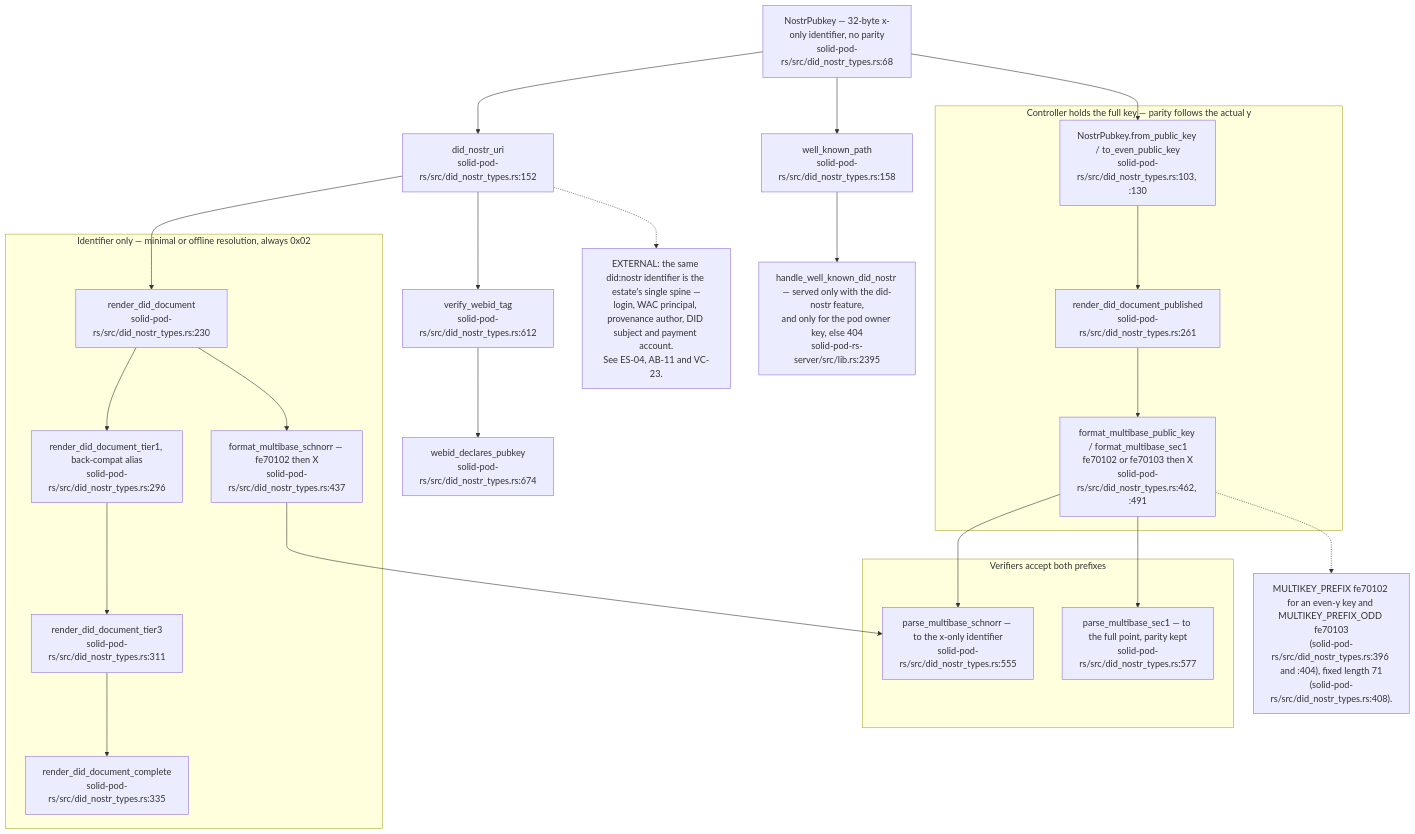
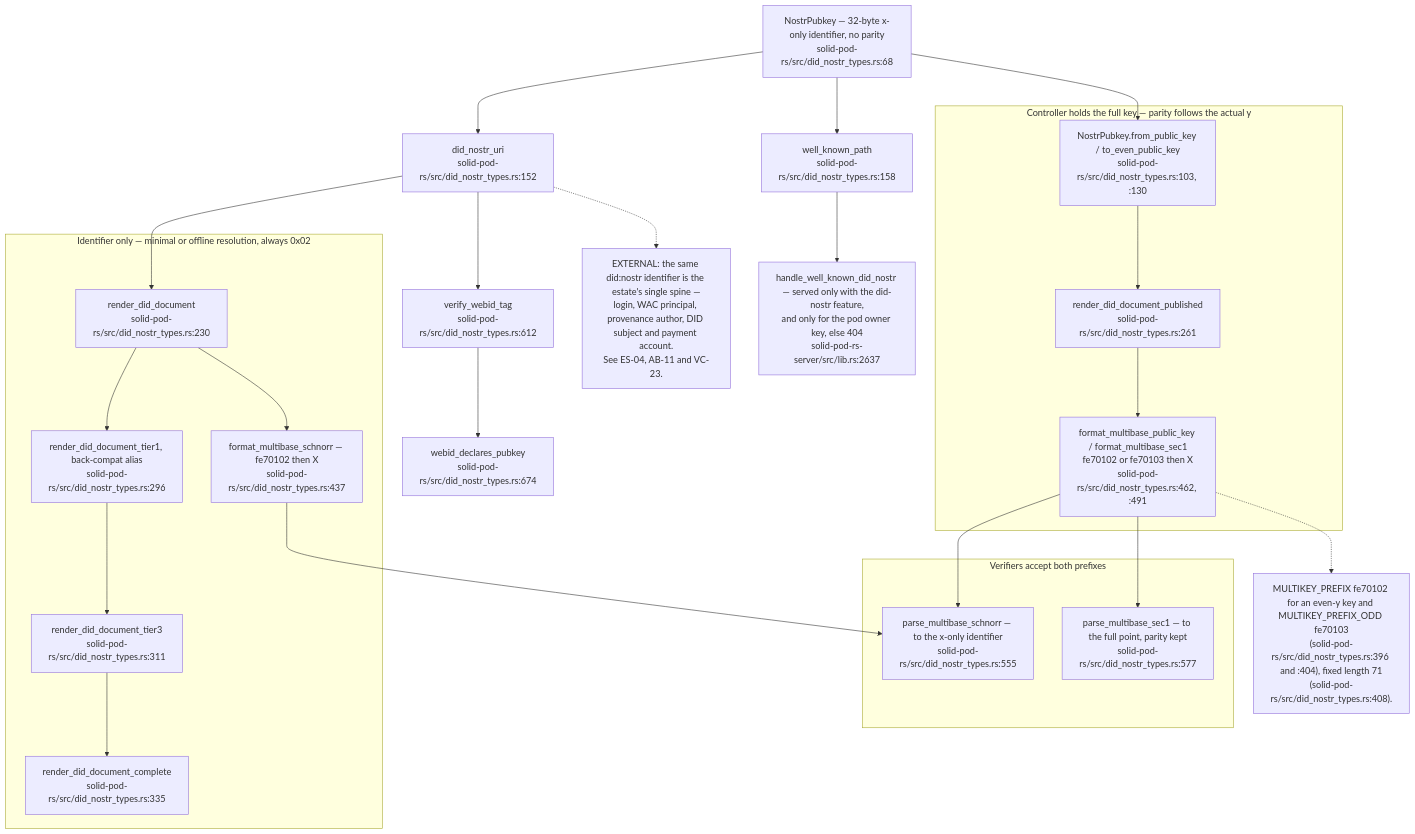
Before and after one commit to DreamLab-AI/VisionFlow: the ninth of 18 diagrams in docs/diagrams/solid-pod-rs/05-identity-nip98-did-oidc.md, drawn with Mermaid. The commit also changed other lines of this file and 59 other files, not shown here.

First line of the commit message:
docs(diagrams): re-derive and re-stamp forum, website, pod, ontomark and sealmap topics

````diff
--- a/docs/diagrams/solid-pod-rs/05-identity-nip98-did-oidc.md
+++ b/docs/diagrams/solid-pod-rs/05-identity-nip98-did-oidc.md
@@ -261,42 +265,42 @@
 ```mermaid
 flowchart TD
     PK["NostrPubkey — 32-byte x-only identifier, no parity<br/>solid-pod-rs/src/did_nostr_types.rs:68"]
     URI["did_nostr_uri<br/>solid-pod-rs/src/did_nostr_types.rs:152"]
     WKP["well_known_path<br/>solid-pod-rs/src/did_nostr_types.rs:158"]
-    RT["handle_well_known_did_nostr — served only with the did-nostr feature,<br/>and only for the pod owner key, else 404<br/>solid-pod-rs-server/src/lib.rs:2395"]
+    RT["handle_well_known_did_nostr — served only with the did-nostr feature,<br/>and only for the pod owner key, else 404<br/>solid-pod-rs-server/src/lib.rs:2637"]
     VT["verify_webid_tag<br/>solid-pod-rs/src/did_nostr_types.rs:612"]
     WD["webid_declares_pubkey<br/>solid-pod-rs/src/did_nostr_types.rs:674"]
 
     subgraph IDONLY["Identifier only — minimal or offline resolution, always 0x02"]
         RD["render_did_document<br/>solid-pod-rs/src/did_nostr_types.rs:230"]
         T1["render_did_document_tier1, back-compat alias<br/>solid-pod-rs/src/did_nostr_types.rs:296"]
         T3["render_did_document_tier3<br/>solid-pod-rs/src/did_nostr_types.rs:311"]
         TC["render_did_document_complete<br/>solid-pod-rs/src/did_nostr_types.rs:335"]
         MB["format_multibase_schnorr — fe70102 then X<br/>solid-pod-rs/src/did_nostr_types.rs:437"]
     end
 
     subgraph FULL["Controller holds the full key — parity follows the actual y"]
         FPK["NostrPubkey.from_public_key / to_even_public_key<br/>solid-pod-rs/src/did_nostr_types.rs:103, :130"]
         RDP["render_did_document_published<br/>solid-pod-rs/src/did_nostr_types.rs:261"]
         MBF["format_multibase_public_key / format_multibase_sec1<br/>fe70102 or fe70103 then X<br/>solid-pod-rs/src/did_nostr_types.rs:462, :491"]
     end
 
     subgraph DECODE["Verifiers accept both prefixes"]
         PS["parse_multibase_schnorr — to the x-only identifier<br/>solid-pod-rs/src/did_nostr_types.rs:555"]
         PSEC["parse_multibase_sec1 — to the full point, parity kept<br/>solid-pod-rs/src/did_nostr_types.rs:577"]
     end
 
     PK --> URI --> RD --> T1 --> T3 --> TC
     RD --> MB
     PK --> WKP --> RT
     URI --> VT --> WD
     PK --> FPK --> RDP --> MBF
     MB --> PS
     MBF --> PS
     MBF --> PSEC
 
     N["MULTIKEY_PREFIX fe70102 for an even-y key and MULTIKEY_PREFIX_ODD fe70103<br/>(solid-pod-rs/src/did_nostr_types.rs:396 and :404), fixed length 71<br/>(solid-pod-rs/src/did_nostr_types.rs:408)."]
     MBF -.-> N
     N2["EXTERNAL: the same did:nostr identifier is the estate's single spine —<br/>login, WAC principal, provenance author, DID subject and payment account.<br/>See ES-04, AB-11 and VC-23."]
     URI -.-> N2
 ```
````
